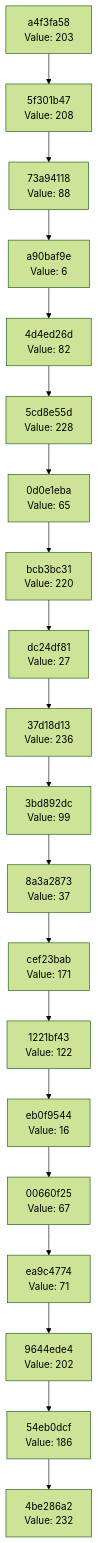
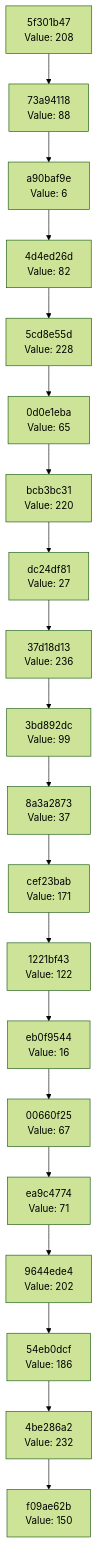
The diagram in docs/CHAIN_VISUALIZATION.md (Abhisheksinha1506/hash-chain-evolver), drawn with Mermaid (forest theme) before and after one commit. The commit also changed 3 other files, not shown here.

````diff
--- a/docs/CHAIN_VISUALIZATION.md
+++ b/docs/CHAIN_VISUALIZATION.md
@@ -3,42 +3,42 @@
 ```mermaid
 graph TD
-    C0["4be286a2<br/>Value: 232"]
-    C1["54eb0dcf<br/>Value: 186"]
+    C0["f09ae62b<br/>Value: 150"]
+    C1["4be286a2<br/>Value: 232"]
     C1 --> C0
-    C2["9644ede4<br/>Value: 202"]
+    C2["54eb0dcf<br/>Value: 186"]
     C2 --> C1
-    C3["ea9c4774<br/>Value: 71"]
+    C3["9644ede4<br/>Value: 202"]
     C3 --> C2
-    C4["00660f25<br/>Value: 67"]
+    C4["ea9c4774<br/>Value: 71"]
     C4 --> C3
-    C5["eb0f9544<br/>Value: 16"]
+    C5["00660f25<br/>Value: 67"]
     C5 --> C4
-    C6["1221bf43<br/>Value: 122"]
+    C6["eb0f9544<br/>Value: 16"]
     C6 --> C5
-    C7["cef23bab<br/>Value: 171"]
+    C7["1221bf43<br/>Value: 122"]
     C7 --> C6
-    C8["8a3a2873<br/>Value: 37"]
+    C8["cef23bab<br/>Value: 171"]
     C8 --> C7
-    C9["3bd892dc<br/>Value: 99"]
+    C9["8a3a2873<br/>Value: 37"]
     C9 --> C8
-    C10["37d18d13<br/>Value: 236"]
+    C10["3bd892dc<br/>Value: 99"]
     C10 --> C9
-    C11["dc24df81<br/>Value: 27"]
+    C11["37d18d13<br/>Value: 236"]
     C11 --> C10
-    C12["bcb3bc31<br/>Value: 220"]
+    C12["dc24df81<br/>Value: 27"]
     C12 --> C11
-    C13["0d0e1eba<br/>Value: 65"]
+    C13["bcb3bc31<br/>Value: 220"]
     C13 --> C12
-    C14["5cd8e55d<br/>Value: 228"]
+    C14["0d0e1eba<br/>Value: 65"]
     C14 --> C13
-    C15["4d4ed26d<br/>Value: 82"]
+    C15["5cd8e55d<br/>Value: 228"]
     C15 --> C14
-    C16["a90baf9e<br/>Value: 6"]
+    C16["4d4ed26d<br/>Value: 82"]
     C16 --> C15
-    C17["73a94118<br/>Value: 88"]
+    C17["a90baf9e<br/>Value: 6"]
     C17 --> C16
-    C18["5f301b47<br/>Value: 208"]
+    C18["73a94118<br/>Value: 88"]
     C18 --> C17
-    C19["a4f3fa58<br/>Value: 203"]
+    C19["5f301b47<br/>Value: 208"]
     C19 --> C18
 ```
````
